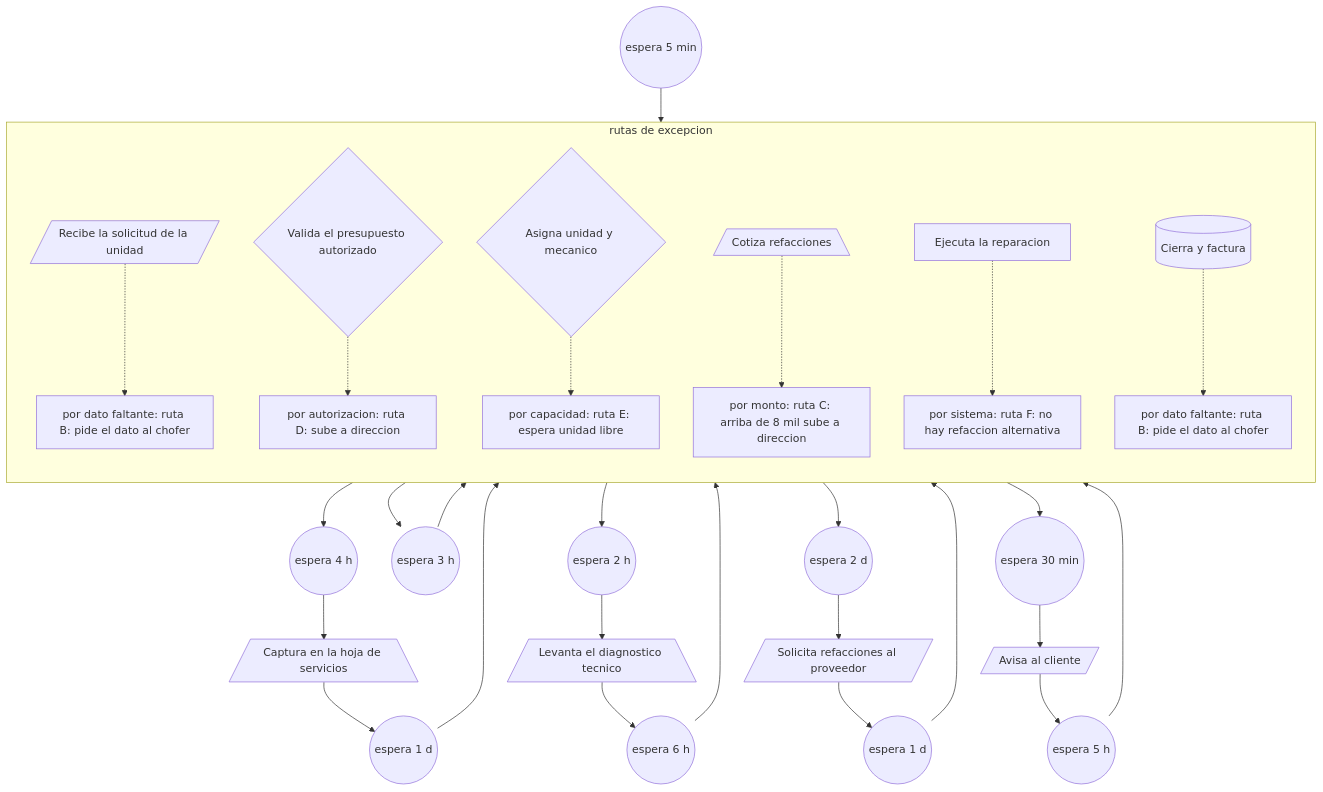
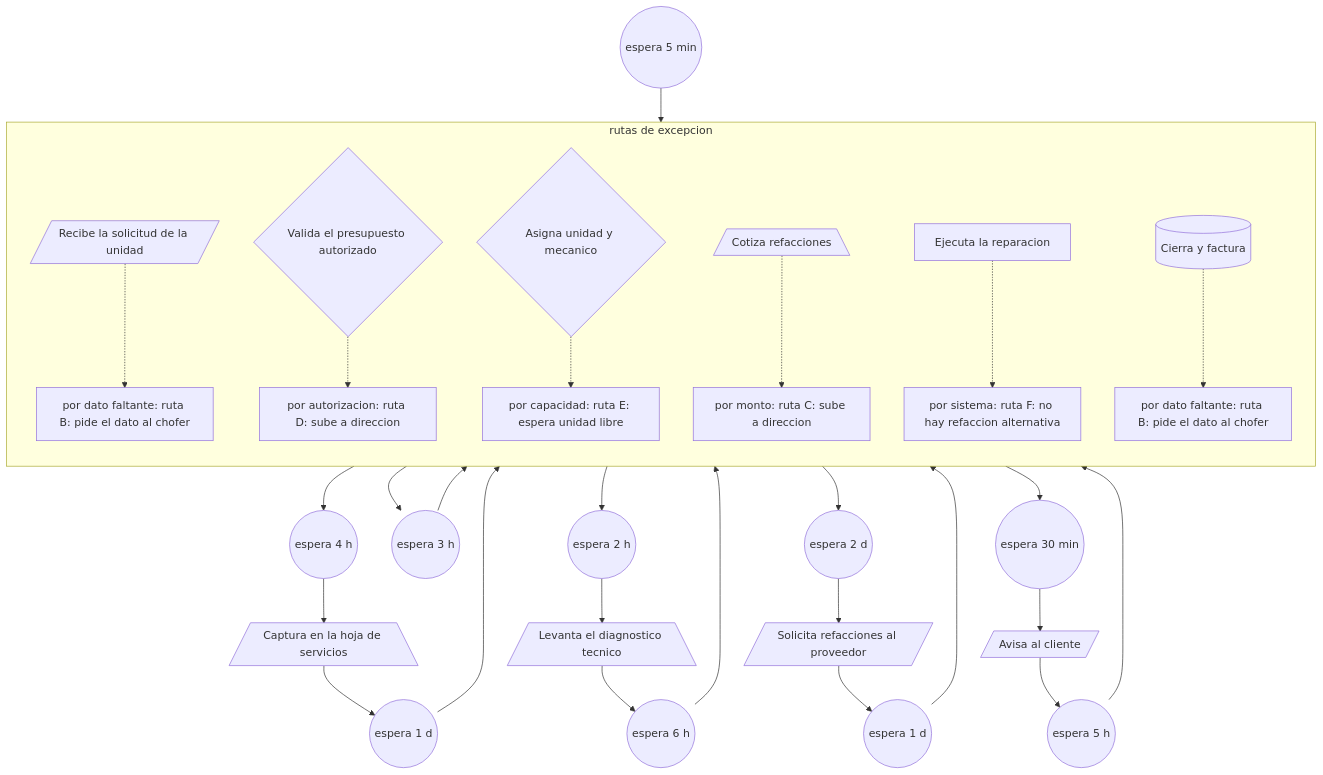
One commit to ZarFer03/plano-real changed the diagram in examples/expediente-ejemplo/04_plano-real.md. Above: the diagram before and after it, drawn with Mermaid. The commit also changed other lines of this file and 5 other files, not shown here.

````diff
--- a/examples/expediente-ejemplo/04_plano-real.md
+++ b/examples/expediente-ejemplo/04_plano-real.md
@@ -23,57 +31,57 @@
 ```mermaid
 flowchart TB
   w0(("espera 5 min"))
   n0[/"Recibe la solicitud de la unidad"/]
   w1(("espera 4 h"))
   n1[/"Captura en la hoja de servicios"\]
   w2(("espera 1 d"))
   n2{"Valida el presupuesto autorizado"}
   w3(("espera 3 h"))
   n3{"Asigna unidad y mecanico"}
   w4(("espera 2 h"))
   n4[/"Levanta el diagnostico tecnico"\]
   w5(("espera 6 h"))
   n5[/"Cotiza refacciones"\]
   w6(("espera 2 d"))
   n6[/"Solicita refacciones al proveedor"/]
   w7(("espera 1 d"))
   n7["Ejecuta la reparacion"]
   w8(("espera 30 min"))
   n8[/"Avisa al cliente"/]
   w9(("espera 5 h"))
   n9[("Cierra y factura")]
   w0 --> n0
   n0 --> w1
   w1 --> n1
   n1 --> w2
   w2 --> n2
   n2 --> w3
   w3 --> n3
   n3 --> w4
   w4 --> n4
   n4 --> w5
   w5 --> n5
   n5 --> w6
   w6 --> n6
   n6 --> w7
   w7 --> n7
   n7 --> w8
   w8 --> n8
   n8 --> w9
   w9 --> n9
   subgraph rutas de excepcion
     direction TB
     e0["por dato faltante: ruta B: pide el dato al chofer"]
     n0 -.-> e0
     e2["por autorizacion: ruta D: sube a direccion"]
     n2 -.-> e2
     e3["por capacidad: ruta E: espera unidad libre"]
     n3 -.-> e3
-    e5["por monto: ruta C: arriba de 8 mil sube a direccion"]
+    e5["por monto: ruta C: sube a direccion"]
     n5 -.-> e5
     e7["por sistema: ruta F: no hay refaccion alternativa"]
     n7 -.-> e7
     e9["por dato faltante: ruta B: pide el dato al chofer"]
     n9 -.-> e9
   end
 ```
````
